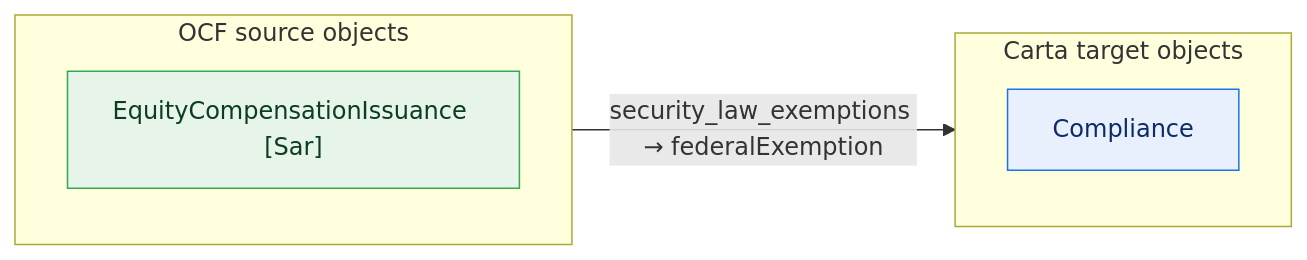
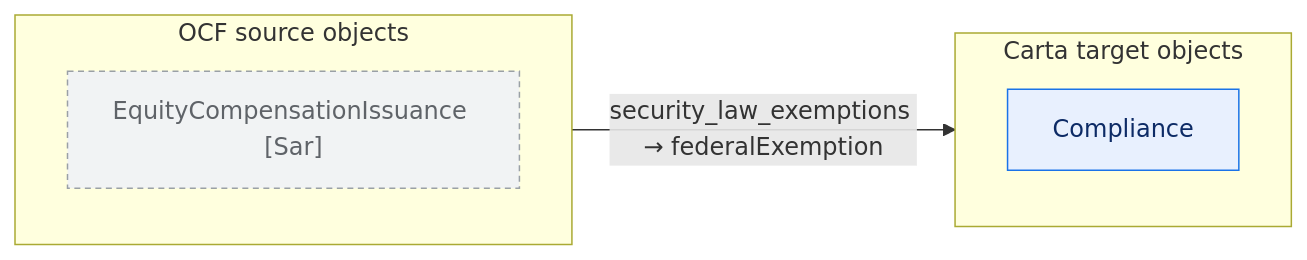
One commit to Open-Cap-Table-Coalition/OCF-Composed-Schemas changed diagram 22 of 35 in docs/core-lossy-inventory.md. Above: the diagram before and after it, drawn with Mermaid. The commit also changed other lines of this file and 16 other files, not shown here.

````diff
--- a/docs/core-lossy-inventory.md
+++ b/docs/core-lossy-inventory.md
@@ -423,16 +447,16 @@
 ```mermaid
 flowchart LR
   classDef adm fill:#e6f4ea,stroke:#34a853,color:#0b3d20;
   classDef notadm fill:#f1f3f4,stroke:#9aa0a6,color:#5f6368,stroke-dasharray:4 3;
   classDef carta fill:#e8f0fe,stroke:#1a73e8,color:#0d2b66;
   classDef sink fill:#fce8e6,stroke:#d93025,color:#5c0d06;
   subgraph SRC["OCF source objects"]
     direction TB
-    o0["EquityCompensationIssuance [Sar]"]:::adm
+    o0["EquityCompensationIssuance [Sar]"]:::notadm
   end
   subgraph TGT["Carta target objects"]
     direction TB
     t0["Compliance"]:::carta
   end
   o0 -->|"security_law_exemptions → federalExemption"| t0
 ```
````
